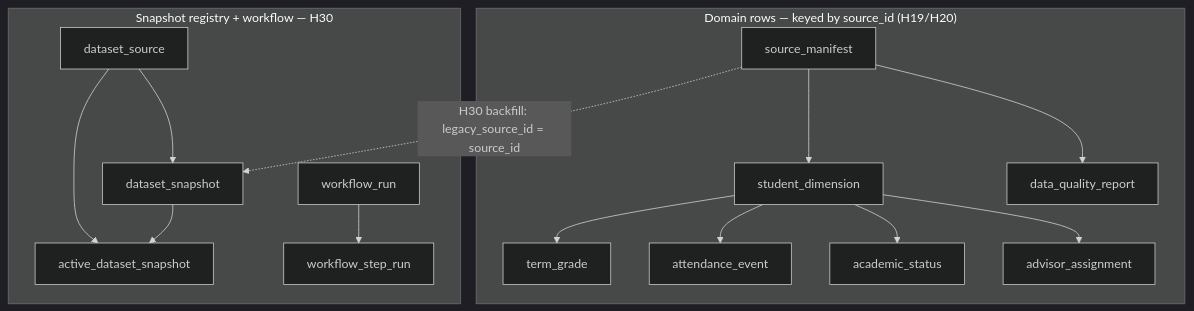
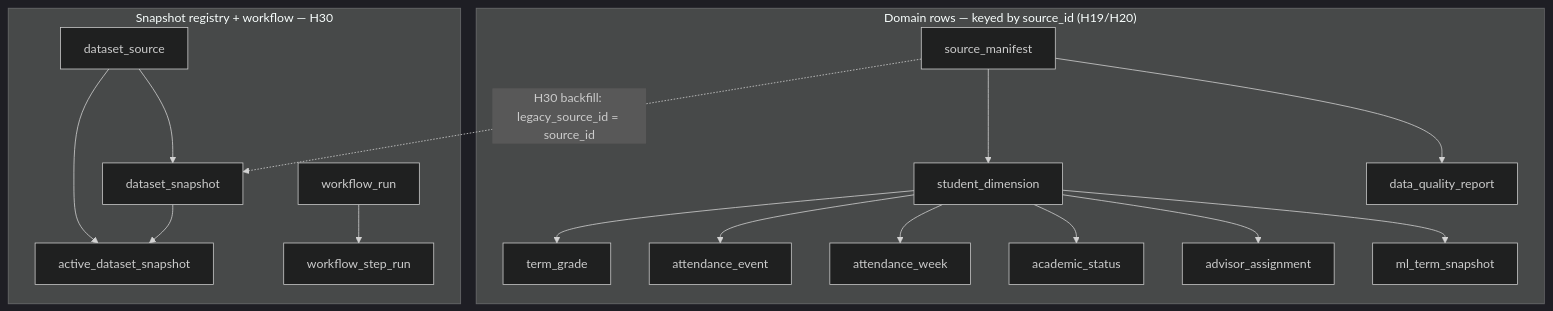
Before and after one commit to phanthutrang410/ABG_team: the third of 3 diagrams in docs/04-engineering/14-database-schema-erd.md, drawn with Mermaid (dark theme). The commit also changed other lines of this file and 105 other files, not shown here.

````diff
--- a/docs/04-engineering/14-database-schema-erd.md
+++ b/docs/04-engineering/14-database-schema-erd.md
@@ -181,32 +205,36 @@
 ```mermaid
 flowchart TB
   subgraph Domain["Domain rows — keyed by source_id (H19/H20)"]
     SM[source_manifest]
     SD[student_dimension]
     TG[term_grade]
     AE[attendance_event]
+    AW[attendance_week]
     AS[academic_status]
     AA[advisor_assignment]
+    ML[ml_term_snapshot]
     DQR[data_quality_report]
     SM --> SD
     SM --> DQR
     SD --> TG
     SD --> AE
+    SD --> AW
     SD --> AS
     SD --> AA
+    SD --> ML
   end
 
   subgraph Registry["Snapshot registry + workflow — H30"]
     DSrc[dataset_source]
     DSnap[dataset_snapshot]
     Active[active_dataset_snapshot]
     WR[workflow_run]
     WSR[workflow_step_run]
     DSrc --> DSnap
     DSrc --> Active
     DSnap --> Active
     WR --> WSR
   end
 
   SM -. "H30 backfill: legacy_source_id = source_id" .-> DSnap
 ```
````
